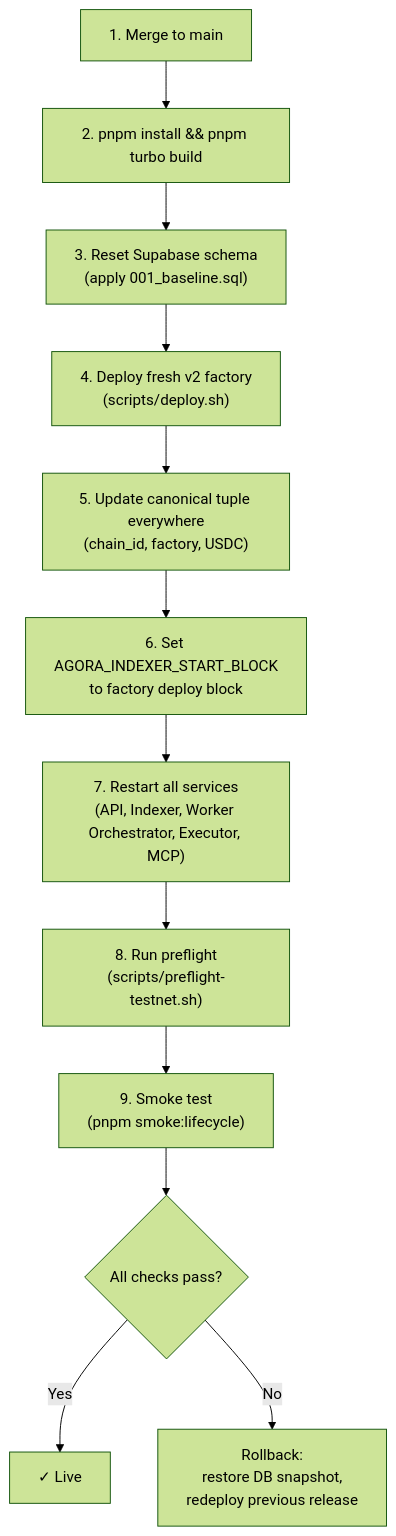
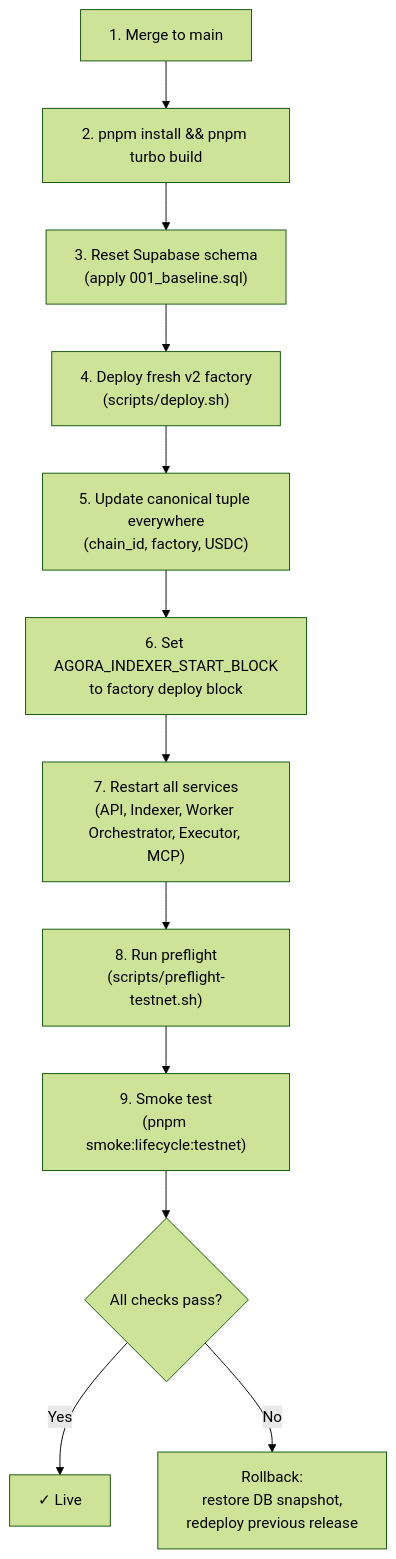
The diagram in docs/deployment.md (andymolecule/Hermes), drawn with Mermaid (forest theme) before and after one commit. The commit also changed other lines of this file and 21 other files, not shown here.

````diff
--- a/docs/deployment.md
+++ b/docs/deployment.md
@@ -99,14 +99,14 @@
 ```mermaid
 flowchart TB
     A["1. Merge to main"] --> B["2. pnpm install && pnpm turbo build"]
     B --> C["3. Reset Supabase schema<br/>(apply 001_baseline.sql)"]
     C --> D["4. Deploy fresh v2 factory<br/>(scripts/deploy.sh)"]
     D --> E["5. Update canonical tuple everywhere<br/>(chain_id, factory, USDC)"]
     E --> F["6. Set AGORA_INDEXER_START_BLOCK<br/>to factory deploy block"]
     F --> G["7. Restart all services<br/>(API, Indexer, Worker Orchestrator, Executor, MCP)"]
     G --> H["8. Run preflight<br/>(scripts/preflight-testnet.sh)"]
-    H --> I["9. Smoke test<br/>(pnpm smoke:lifecycle)"]
+    H --> I["9. Smoke test<br/>(pnpm smoke:lifecycle:testnet)"]
     I --> J{"All checks pass?"}
     J -->|Yes| K["✓ Live"]
     J -->|No| L["Rollback:<br/>restore DB snapshot,<br/>redeploy previous release"]
 ```
````
